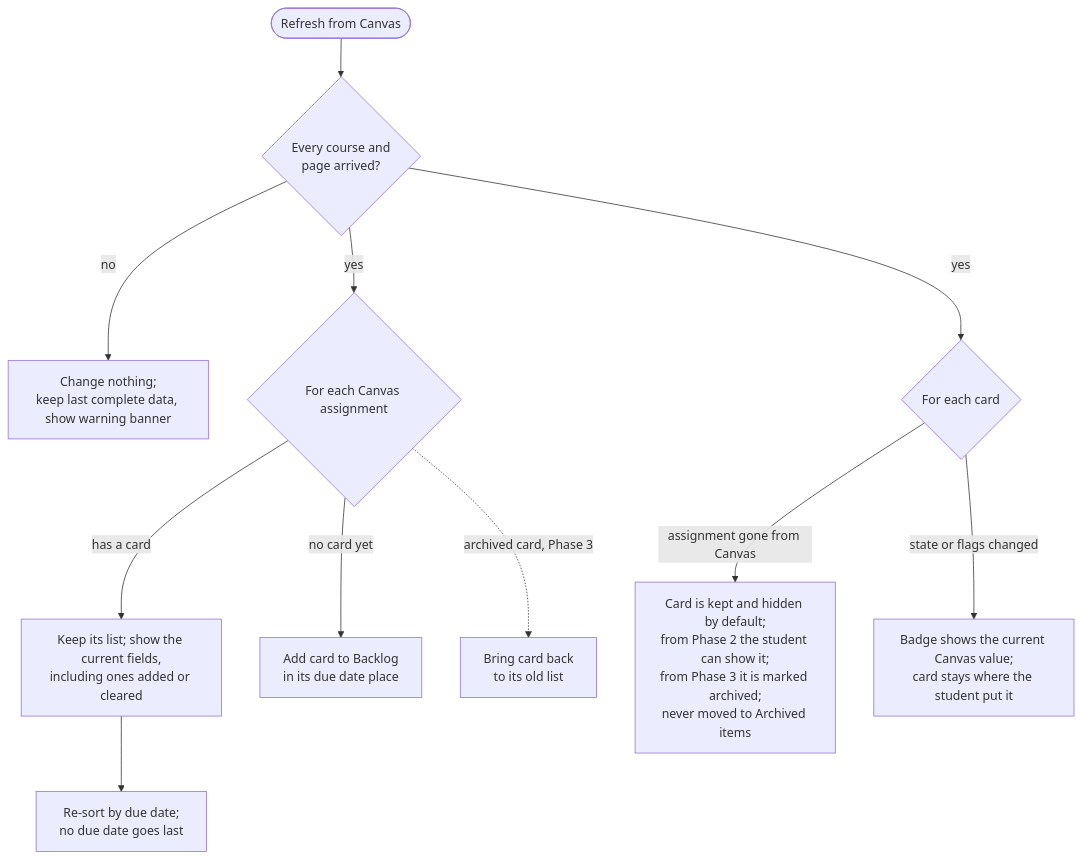
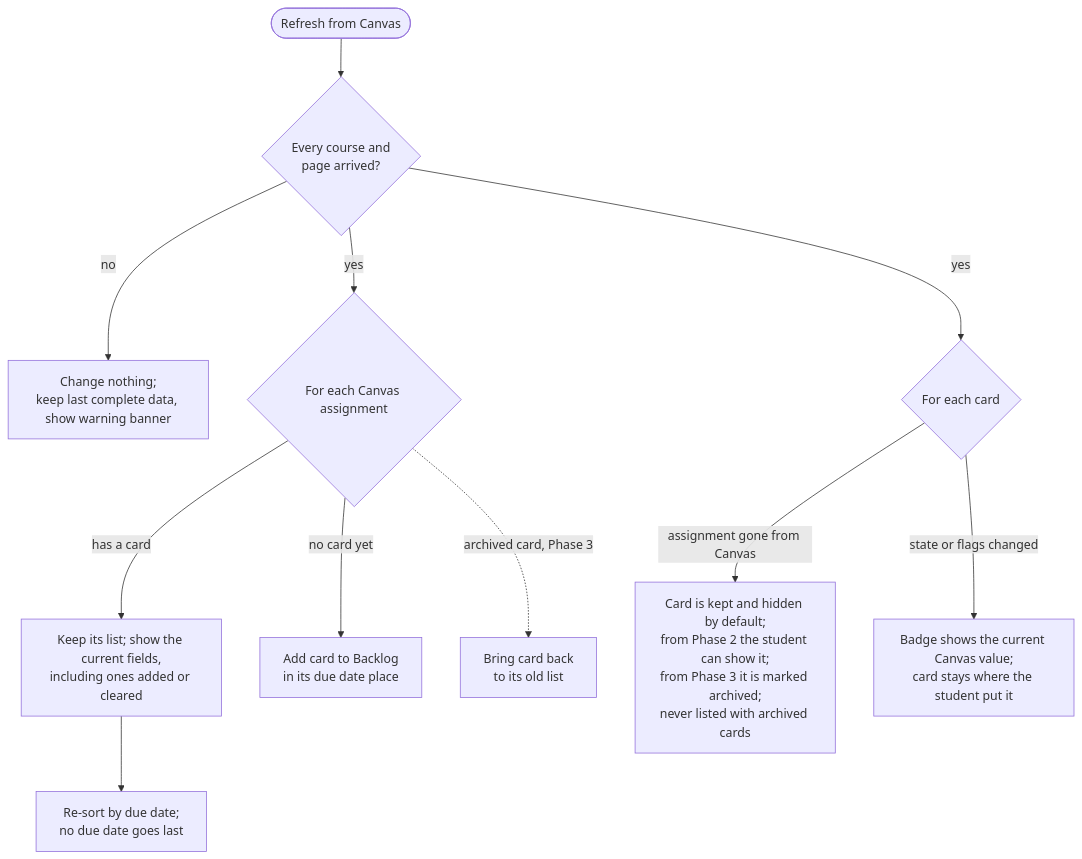
The sixth of 9 diagrams in docs/canvas-portal/04-ui-specification.md (bbranton/TestProj), drawn with Mermaid before and after one commit. The commit also changed other lines of this file, not shown here.

First line of the commit message:
UI spec: the board menu lists no cards; archived items use a filter

````diff
--- a/docs/canvas-portal/04-ui-specification.md
+++ b/docs/canvas-portal/04-ui-specification.md
@@ -787,13 +784,13 @@
 ```mermaid
 flowchart TD
     A([Refresh from Canvas]) --> Z{Every course and<br/>page arrived?}
     Z -- no --> Y[Change nothing;<br/>keep last complete data, show warning banner]
     Z -- yes --> B{For each Canvas assignment}
     B -- has a card --> C[Keep its list; show the current fields,<br/>including ones added or cleared]
     C --> C2[Re-sort by due date;<br/>no due date goes last]
     B -- no card yet --> D[Add card to Backlog<br/>in its due date place]
     B -. archived card, Phase 3 .-> R[Bring card back<br/>to its old list]
     Z -- yes --> E{For each card}
-    E -- assignment gone from Canvas --> F[Card is kept and hidden by default;<br/>from Phase 2 the student can show it;<br/>from Phase 3 it is marked archived;<br/>never moved to Archived items]
+    E -- assignment gone from Canvas --> F[Card is kept and hidden by default;<br/>from Phase 2 the student can show it;<br/>from Phase 3 it is marked archived;<br/>never listed with archived cards]
     E -- state or flags changed --> G[Badge shows the current Canvas value;<br/>card stays where the student put it]
 ```
````
